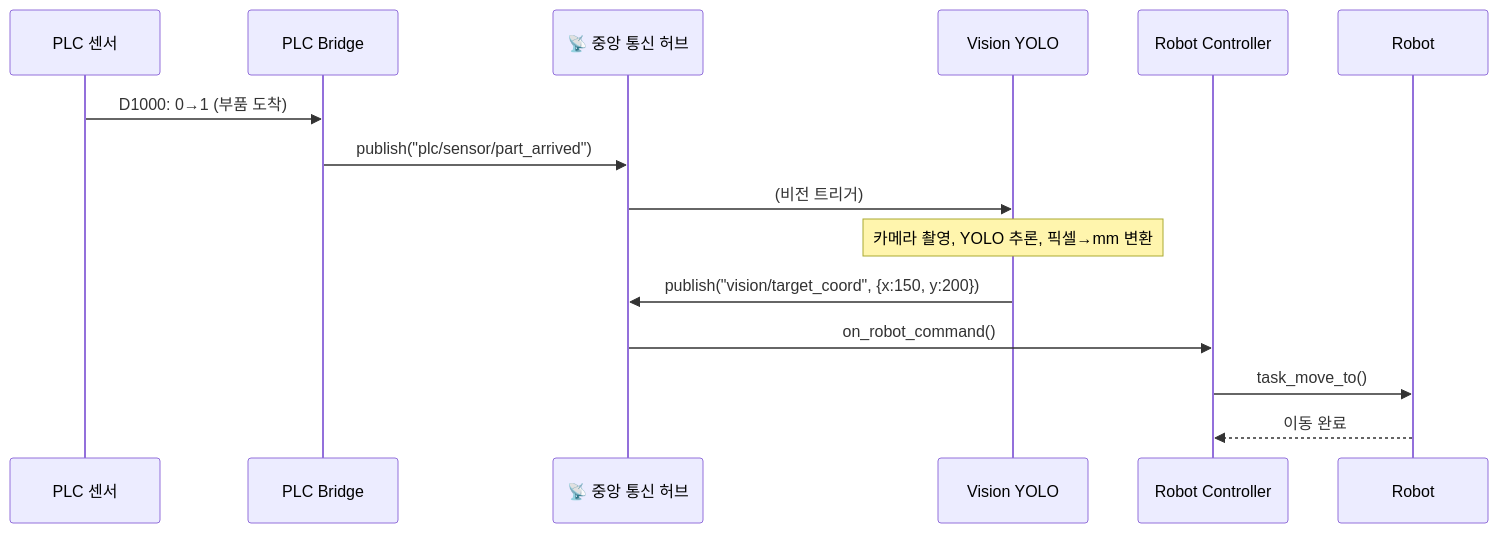
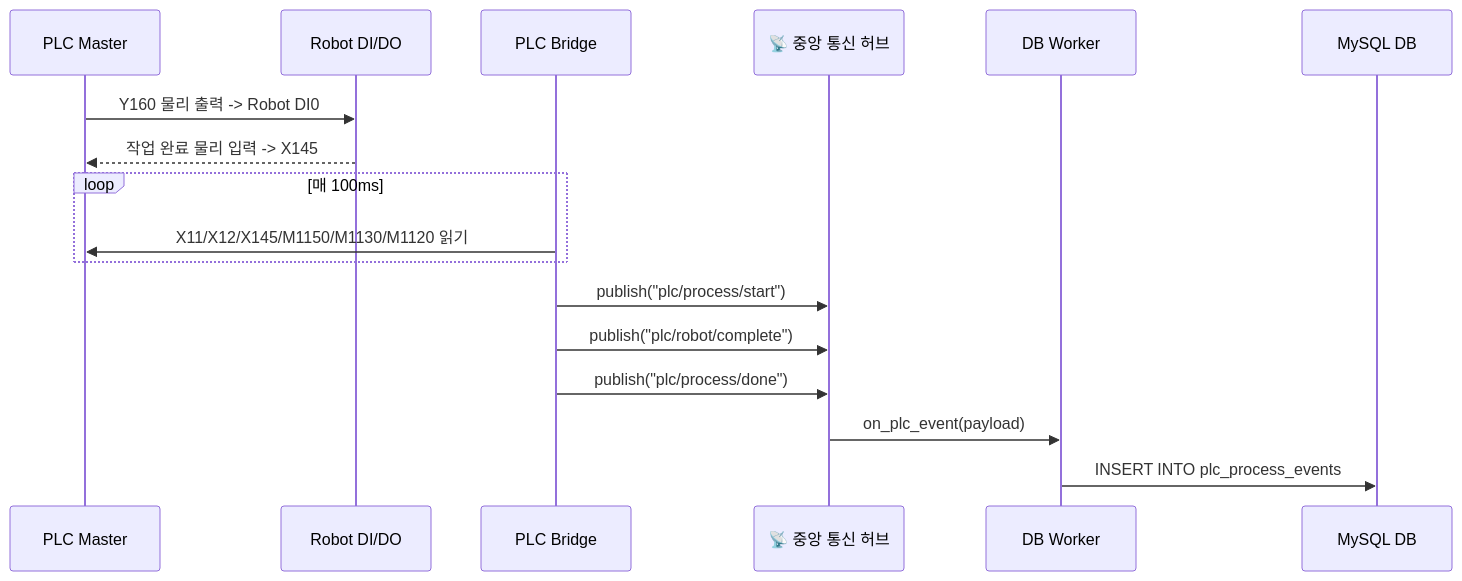
One commit to HeungJAELEE/Busan_Robot changed the fourth of 5 diagrams in backend/README.md. Above: the diagram before and after it, drawn with Mermaid. The commit also changed other lines of this file and 15 other files, not shown here.

````diff
--- a/backend/README.md
+++ b/backend/README.md
@@ -198,18 +198,20 @@
 ```mermaid
 sequenceDiagram
-    participant PLC as PLC 센서
+    participant PLC as PLC Master
+    participant Robot as Robot DI/DO
     participant PB as PLC Bridge
     participant B as 📡 중앙 통신 허브
-    participant V as Vision YOLO
-    participant RC as Robot Controller
-    participant Robot
+    participant DW as DB Worker
+    participant DB as MySQL DB
 
-    PLC->>PB: D1000: 0→1 (부품 도착)
-    PB->>B: publish("plc/sensor/part_arrived")
-    B->>V: (비전 트리거)
-    Note over V: 카메라 촬영, YOLO 추론, 픽셀→mm 변환
-    V->>B: publish("vision/target_coord", {x:150, y:200})
-    B->>RC: on_robot_command()
-    RC->>Robot: task_move_to()
-    Robot-->>RC: 이동 완료
+    PLC->>Robot: Y160 물리 출력 -> Robot DI0
+    Robot-->>PLC: 작업 완료 물리 입력 -> X145
+    loop 매 100ms
+        PB->>PLC: X11/X12/X145/M1150/M1130/M1120 읽기
+    end
+    PB->>B: publish("plc/process/start")
+    PB->>B: publish("plc/robot/complete")
+    PB->>B: publish("plc/process/done")
+    B->>DW: on_plc_event(payload)
+    DW->>DB: INSERT INTO plc_process_events
 ```
````
